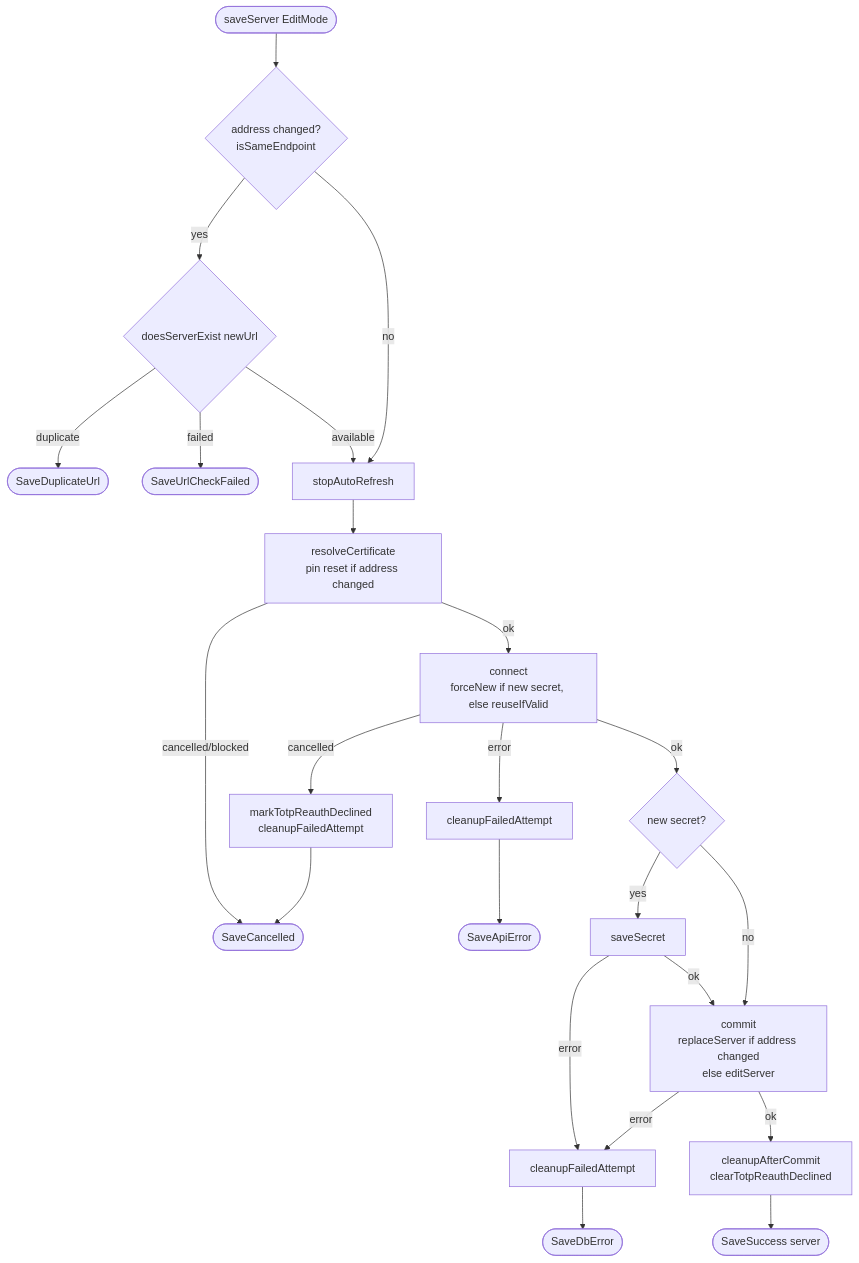
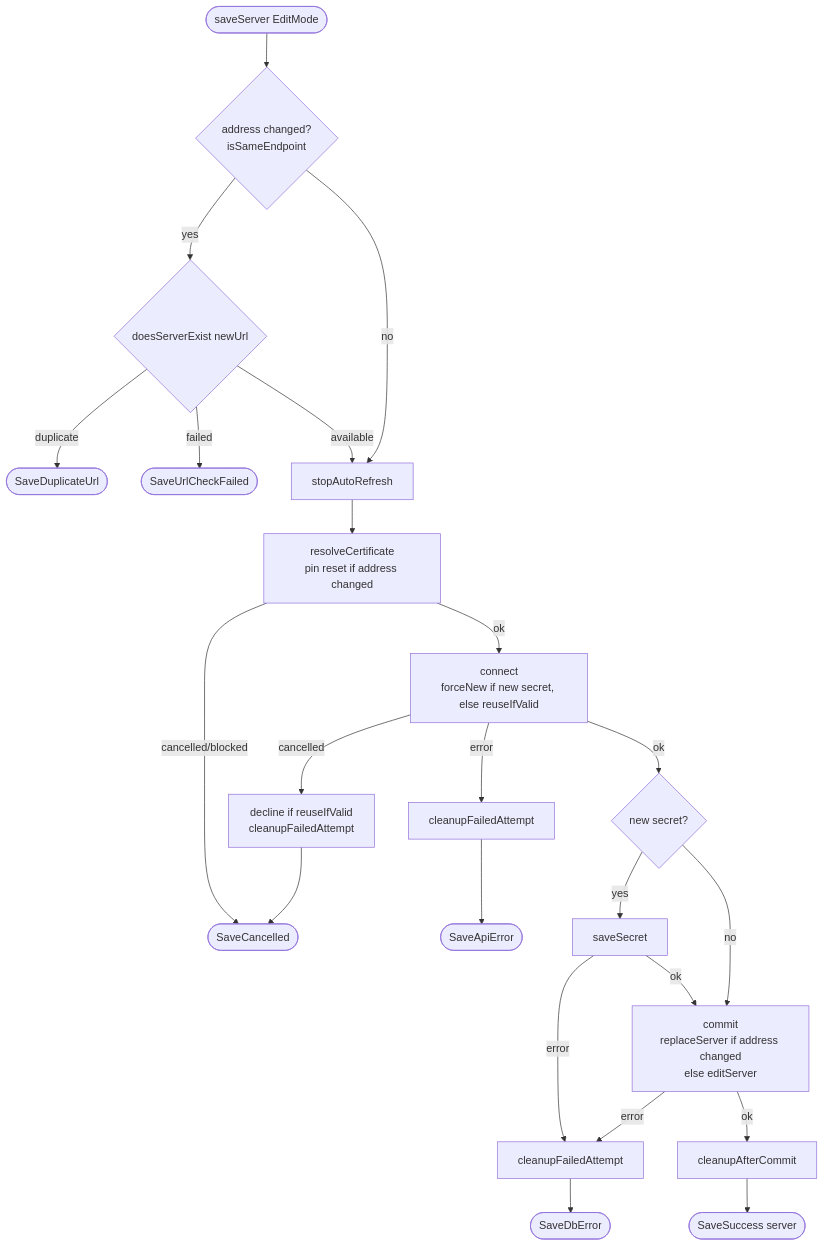
The third of 8 diagrams in docs/server-connection-flow.md (tsutsu3/pi-hole-client), drawn with Mermaid before and after one commit. The commit also changed other lines of this file and 32 other files, not shown here.

````diff
--- a/docs/server-connection-flow.md
+++ b/docs/server-connection-flow.md
@@ -99,22 +83,22 @@
 ```mermaid
 flowchart TD
   A([saveServer EditMode]) --> B{address changed?<br/>isSameEndpoint}
   B -- yes --> C{doesServerExist newUrl}
   C -- duplicate --> CD([SaveDuplicateUrl])
   C -- failed --> CF([SaveUrlCheckFailed])
   C -- available --> E[stopAutoRefresh]
   B -- no --> E
   E --> F[resolveCertificate<br/>pin reset if address changed]
   F -- cancelled/blocked --> H([SaveCancelled])
   F -- ok --> J[connect<br/>forceNew if new secret, else reuseIfValid]
-  J -- cancelled --> JC[markTotpReauthDeclined<br/>cleanupFailedAttempt] --> H
+  J -- cancelled --> JC[decline if reuseIfValid<br/>cleanupFailedAttempt] --> H
   J -- error --> JE[cleanupFailedAttempt] --> JA([SaveApiError])
   J -- ok --> K{new secret?}
   K -- yes --> S[saveSecret]
   K -- no --> R
   S -- error --> X[cleanupFailedAttempt] --> T([SaveDbError])
   S -- ok --> R[commit<br/>replaceServer if address changed<br/>else editServer]
   R -- error --> X
-  R -- ok --> U[cleanupAfterCommit<br/>clearTotpReauthDeclined]
+  R -- ok --> U[cleanupAfterCommit]
   U --> W([SaveSuccess server])
 ```
````
